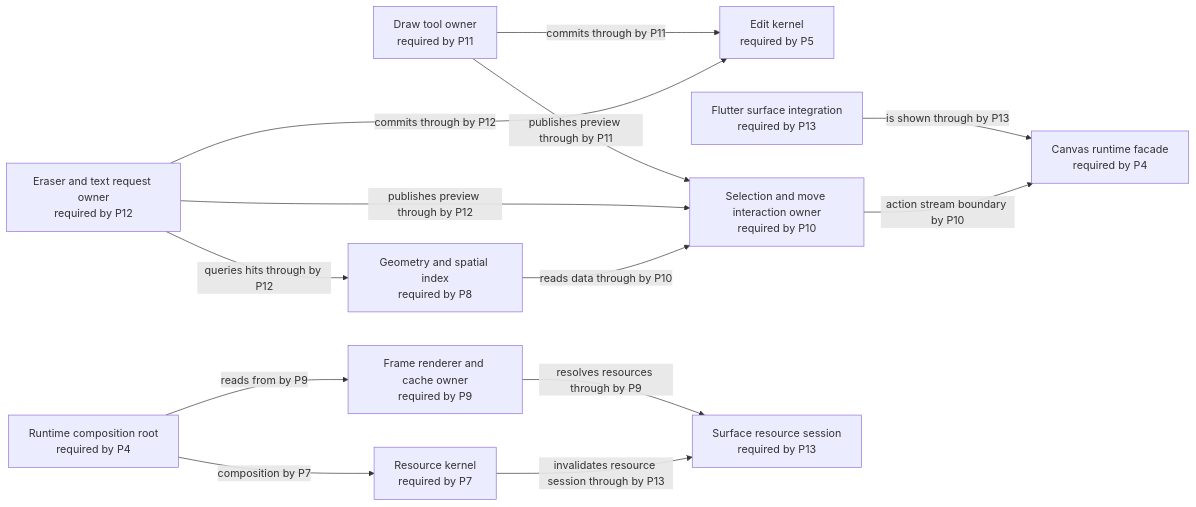
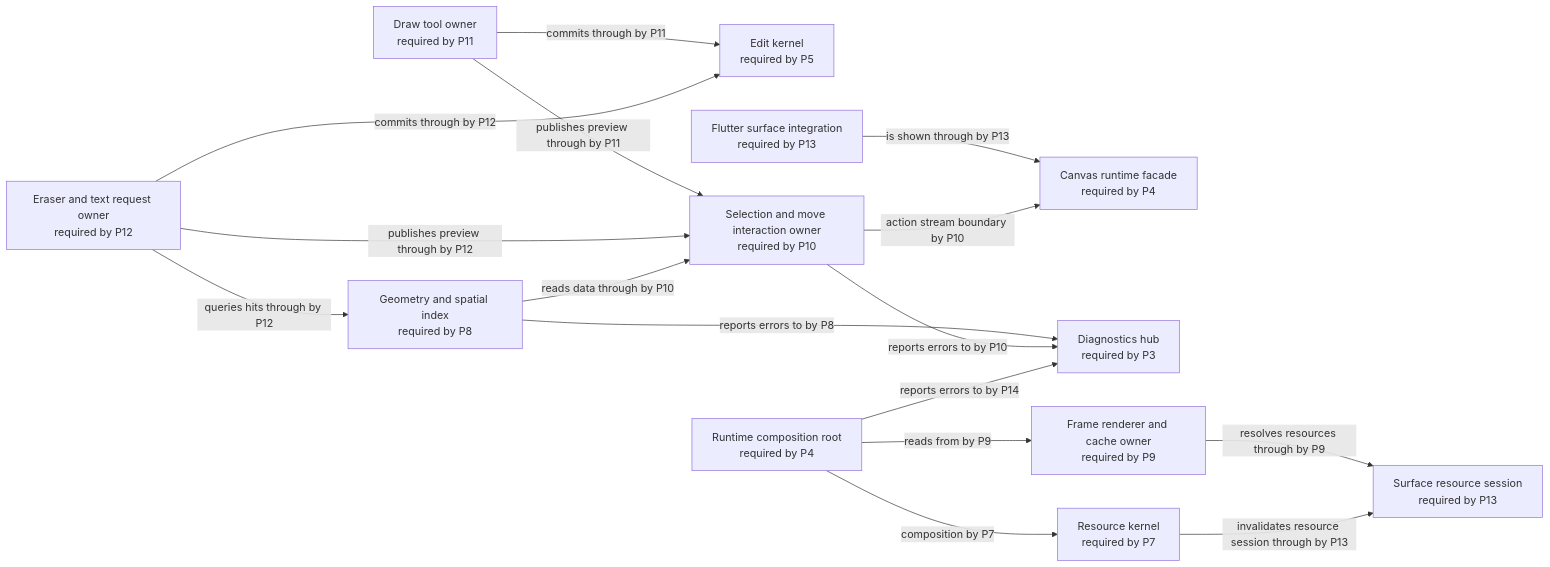
Before and after one commit to GreatPika/iwb_canvas_engine: the diagram in docs/diagrams/generated/future_target.mmd, drawn with Mermaid. The commit also changed 3 other files, not shown here.

```diff
--- a/docs/diagrams/generated/future_target.mmd
+++ b/docs/diagrams/generated/future_target.mmd
@@ -1,28 +1,32 @@
 %% GENERATED FILE. Do not edit by hand.
 %% Source: docs/architecture/architecture_graph.yaml
 %% View: Future target architecture graph
 %% Selected phase: P6
 flowchart LR
   api_canvas_runtime["Canvas runtime facade<br/>required by P4"]
+  diagnostics_hub["Diagnostics hub<br/>required by P3"]
   draw_tools["Draw tool owner<br/>required by P11"]
   edit_kernel["Edit kernel<br/>required by P5"]
   eraser_text_request["Eraser and text request owner<br/>required by P12"]
   flutter_surface["Flutter surface integration<br/>required by P13"]
   frame_renderer["Frame renderer and cache owner<br/>required by P9"]
   geometry_spatial_index["Geometry and spatial index<br/>required by P8"]
   interaction_selection_move["Selection and move interaction owner<br/>required by P10"]
   resource_kernel["Resource kernel<br/>required by P7"]
   resource_surface_session["Surface resource session<br/>required by P13"]
   runtime_root["Runtime composition root<br/>required by P4"]
   draw_tools -->|commits through by P11| edit_kernel
   draw_tools -->|publishes preview through by P11| interaction_selection_move
   eraser_text_request -->|commits through by P12| edit_kernel
   eraser_text_request -->|publishes preview through by P12| interaction_selection_move
   eraser_text_request -->|queries hits through by P12| geometry_spatial_index
   flutter_surface -->|is shown through by P13| api_canvas_runtime
   frame_renderer -->|resolves resources through by P9| resource_surface_session
+  geometry_spatial_index -->|reports errors to by P8| diagnostics_hub
   geometry_spatial_index -->|reads data through by P10| interaction_selection_move
   interaction_selection_move -->|action stream boundary by P10| api_canvas_runtime
+  interaction_selection_move -->|reports errors to by P10| diagnostics_hub
   resource_kernel -->|invalidates resource session through by P13| resource_surface_session
   runtime_root -->|reads from by P9| frame_renderer
+  runtime_root -->|reports errors to by P14| diagnostics_hub
   runtime_root -->|composition by P7| resource_kernel
```
